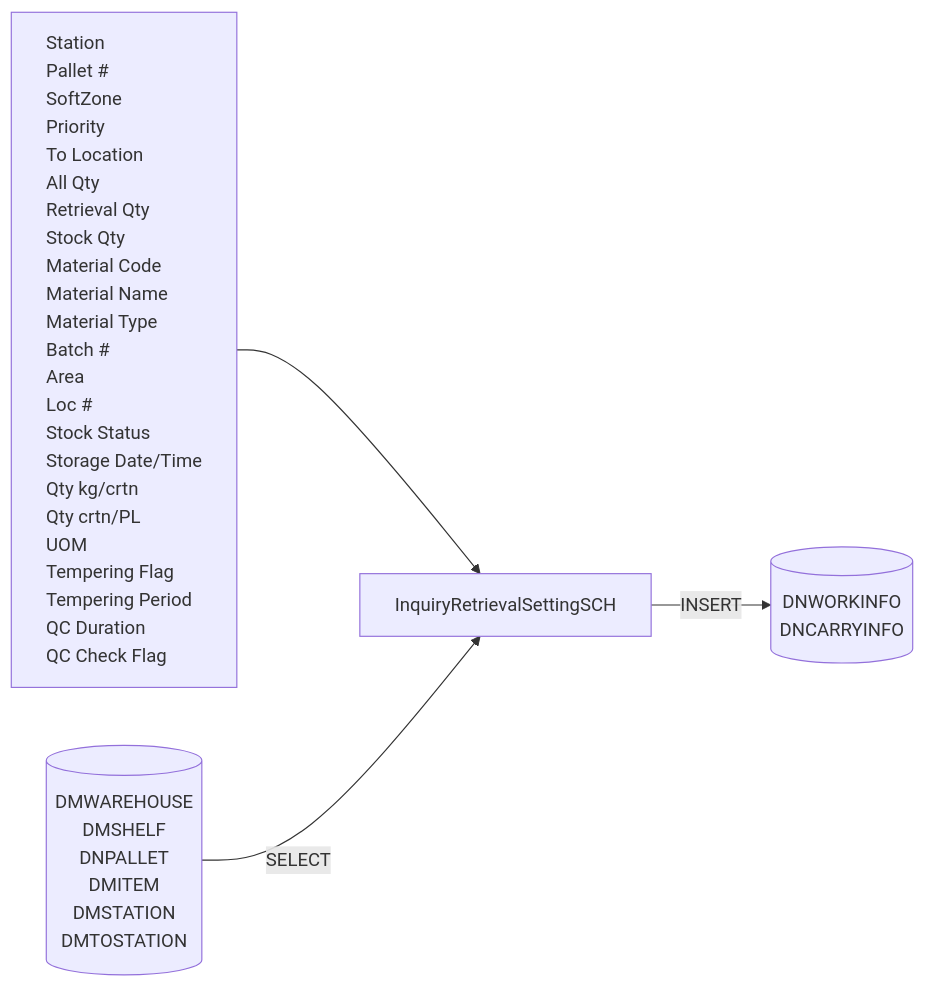
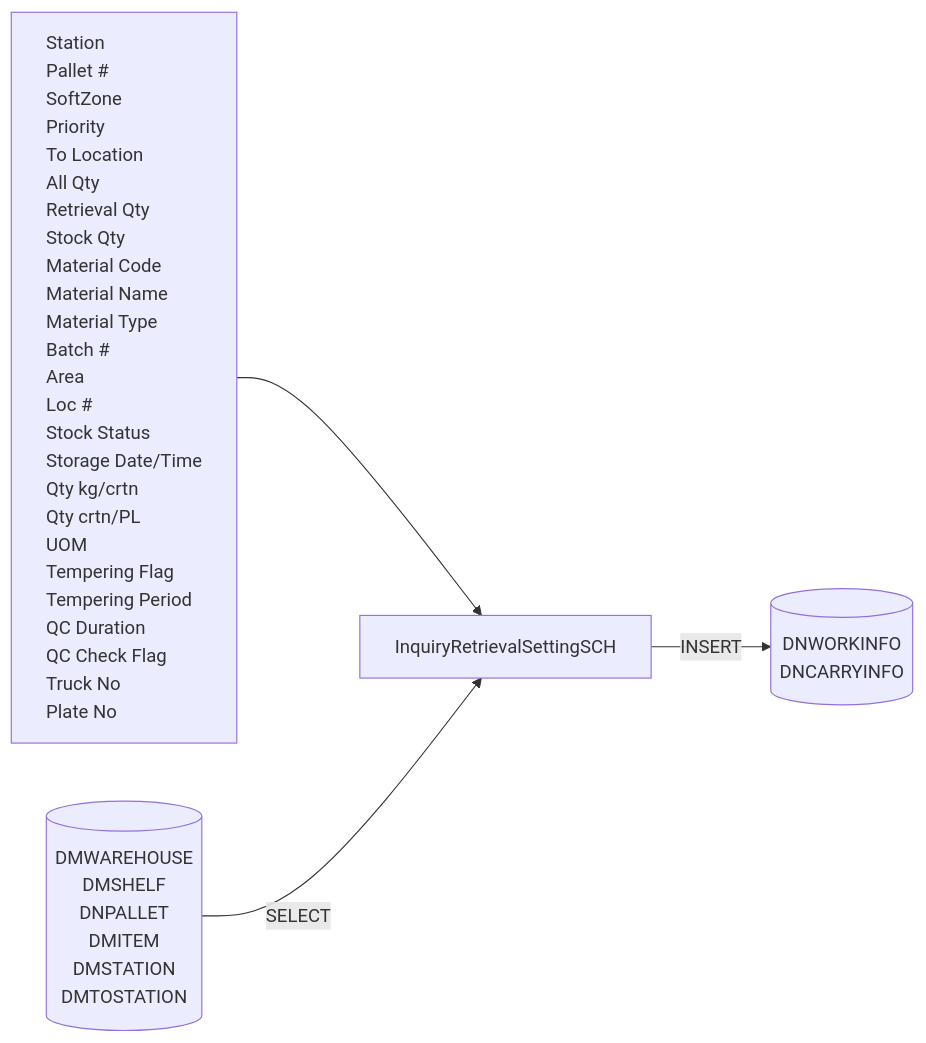
The third of 9 diagrams in Basic-Design/DFD-WMS/Retrieval/Unplanned-Retrieval-from-HP-Area.md (luthfiadityaa/SimeDarby-Wiki), drawn with Mermaid before and after one commit.

Commit message:
Updated Unplanned Retrieval from HP Area

```diff
--- a/Basic-Design/DFD-WMS/Retrieval/Unplanned-Retrieval-from-HP-Area.md
+++ b/Basic-Design/DFD-WMS/Retrieval/Unplanned-Retrieval-from-HP-Area.md
@@ -92,50 +92,52 @@
 ::: mermaid
 flowchart LR
     input[
         Station
         Pallet #
         SoftZone
         Priority
         To Location
         All Qty
         Retrieval Qty
         Stock Qty
         Material Code
         Material Name
         Material Type
         Batch #
         Area
         Loc #
         Stock Status
         Storage Date/Time
         Qty kg/crtn
         Qty crtn/PL
         UOM
         Tempering Flag
         Tempering Period
         QC Duration
         QC Check Flag
+        Truck No
+        Plate No
     ]
 
     tableList-insert[("
         DNWORKINFO
         DNCARRYINFO
     ")]
 
      tableList-select[("
         DMWAREHOUSE
         DMSHELF
         DNPALLET
         DMITEM
         DMSTATION
         DMTOSTATION
     ")]
 
     className[InquiryRetrievalSettingSCH]
 
     input --> className --> |INSERT| tableList-insert
     tableList-select --> |SELECT| className
 
     classDef leftAlign text-align:left;
     class input leftAlign;
 :::
```
